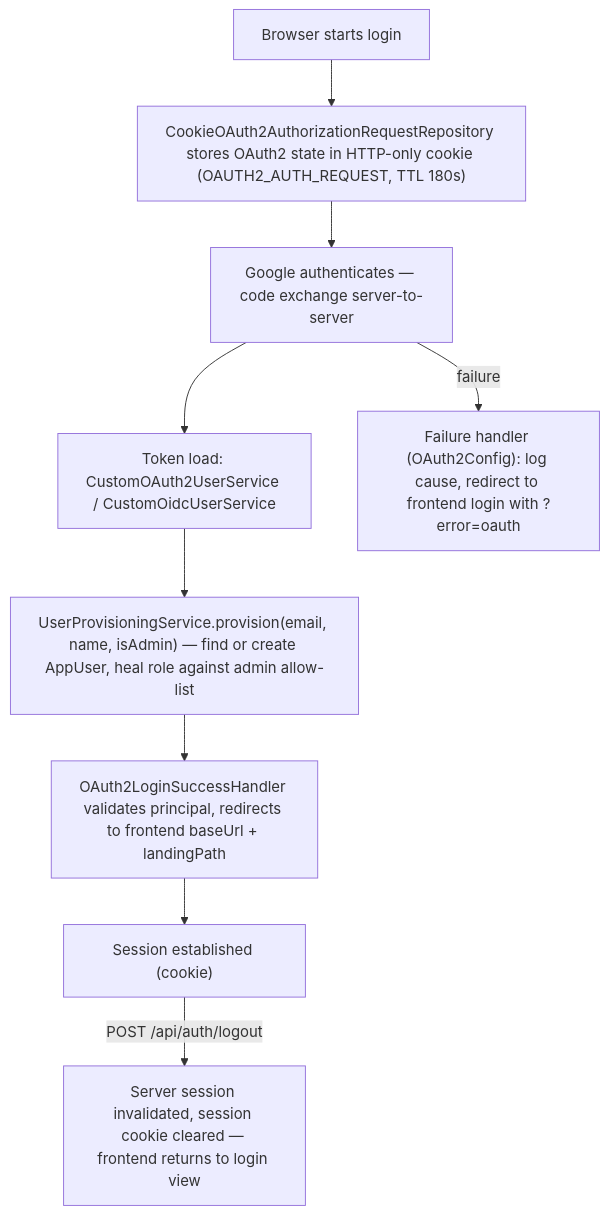
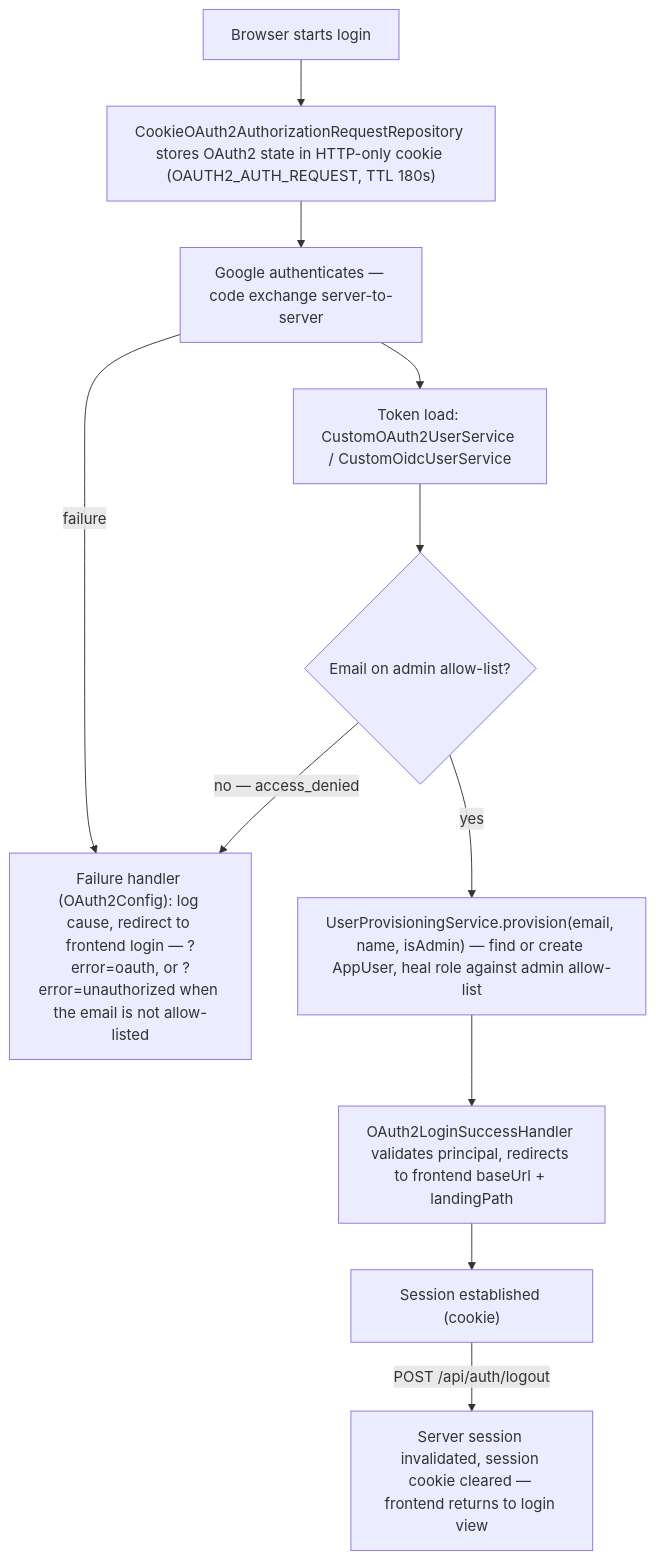
One commit to Keglev/inventory-service changed the diagram in docs/backend/architecture/08-concepts.md. Above: the diagram before and after it, drawn with Mermaid. The commit also changed 1 other file, not shown here.

Commit message:
docs(auth): draw the login allow-list gate into the auth diagrams
Add the access-control step to the two login diagrams that previously showed
'authenticate then provision': the concepts flowchart now branches on the admin
allow-list (access_denied routes to the failure handler with error=unauthorized),
and the runtime login sequence shows the pre-provision gate and the unauthorized
redirect.

````diff
--- a/docs/backend/architecture/08-concepts.md
+++ b/docs/backend/architecture/08-concepts.md
@@ -9,12 +9,14 @@
 ```mermaid
 %%{init: {"flowchart": {"useMaxWidth": false}}}%%
 flowchart TD
   A["Browser starts login"] --> B["CookieOAuth2AuthorizationRequestRepository stores OAuth2 state in HTTP-only cookie (OAUTH2_AUTH_REQUEST, TTL 180s)"]
   B --> C["Google authenticates — code exchange server-to-server"]
   C --> D["Token load: CustomOAuth2UserService / CustomOidcUserService"]
-  D --> E["UserProvisioningService.provision(email, name, isAdmin) — find or create AppUser, heal role against admin allow-list"]
+  D --> AG{"Email on admin allow-list?"}
+  AG -->|"no — access_denied"| G
+  AG -->|"yes"| E["UserProvisioningService.provision(email, name, isAdmin) — find or create AppUser, heal role against admin allow-list"]
   E --> F["OAuth2LoginSuccessHandler validates principal, redirects to frontend baseUrl + landingPath"]
-  C -->|failure| G["Failure handler (OAuth2Config): log cause, redirect to frontend login with ?error=oauth"]
+  C -->|failure| G["Failure handler (OAuth2Config): log cause, redirect to frontend login — ?error=oauth, or ?error=unauthorized when the email is not allow-listed"]
   F --> H["Session established (cookie)"]
   H -->|"POST /api/auth/logout"| I["Server session invalidated, session cookie cleared — frontend returns to login view"]
 ```
````
